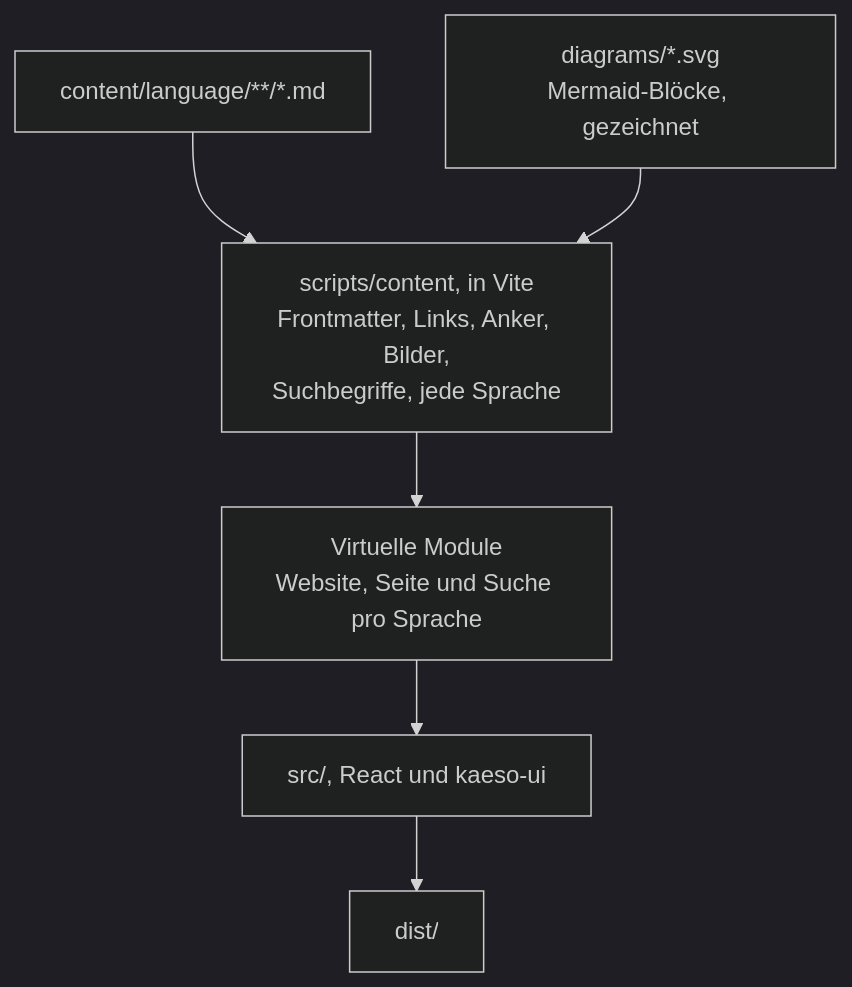
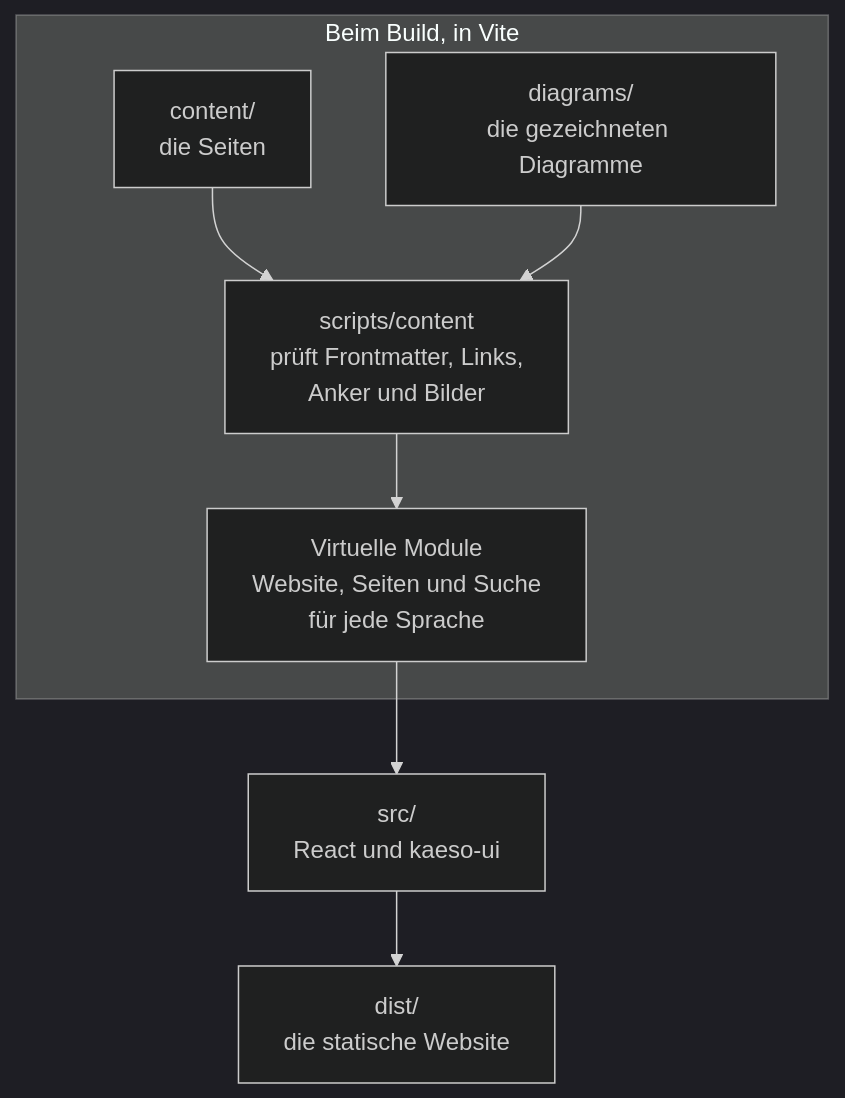
Before and after one commit to logicplanes/kaeso: the diagram in apps/docs/content/de/development/architecture/docs-site.md, drawn with Mermaid (dark theme). The commit also changed 89 other files, not shown here.

First line of the commit message:
Redraw the development pages' diagrams around what a contributor changes

````diff
--- a/apps/docs/content/de/development/architecture/docs-site.md
+++ b/apps/docs/content/de/development/architecture/docs-site.md
@@ -9,10 +9,11 @@
 ```mermaid
 flowchart TD
   accTitle: Von Markdown zur Website
   accDescr: Beim Build liest scripts/content die Seiten in content und die gezeichneten Diagramme in diagrams, prüft sie und schreibt virtuelle Module für die Website jeder Sprache, jede Seite und die Suche. Die React-App in src zeichnet sie mit der UI-Bibliothek, und Vite schreibt dist.
-  pages[content/language/**/*.md] --> content[scripts/content, in Vite<br>Frontmatter, Links, Anker, Bilder,<br>Suchbegriffe, jede Sprache]
-  diagrams[diagrams/*.svg<br>Mermaid-Blöcke, gezeichnet] --> content
-  content --> modules[Virtuelle Module<br>Website, Seite und Suche pro Sprache]
-  modules --> app[src/, React und kaeso-ui]
-  app --> dist[dist/]
+  subgraph build [Beim Build, in Vite]
+    pages[content/<br>die Seiten] --> compiler
+    diagrams[diagrams/<br>die gezeichneten Diagramme] --> compiler
+    compiler[scripts/content<br>prüft Frontmatter, Links,<br>Anker und Bilder]:::accent --> modules[Virtuelle Module<br>Website, Seiten und Suche<br>für jede Sprache]
+  end
+  modules --> app[src/<br>React und kaeso-ui] --> dist[dist/<br>die statische Website]
 ```
````
